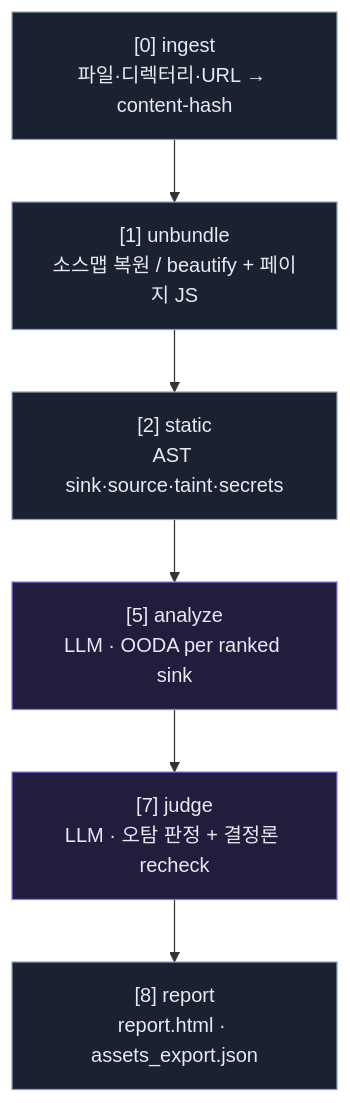
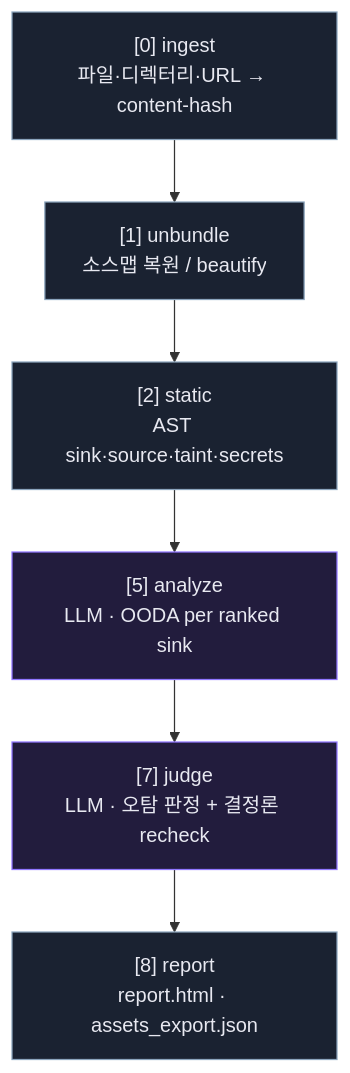
The diagram in docs/pipeline.md (EunhoKim98/JS-Analyzer-Agent), drawn with Mermaid before and after one commit. The commit also changed other lines of this file and 4 other files, not shown here.

````diff
--- a/docs/pipeline.md
+++ b/docs/pipeline.md
@@ -20,14 +20,14 @@
 ```mermaid
 flowchart TD
     A["[0] ingest<br/>파일·디렉터리·URL → content-hash"]
-    B["[1] unbundle<br/>소스맵 복원 / beautify + 페이지 JS"]
+    B["[1] unbundle<br/>소스맵 복원 / beautify"]
     C["[2] static<br/>AST sink·source·taint·secrets"]
     D["[5] analyze<br/>LLM · OODA per ranked sink"]
     E["[7] judge<br/>LLM · 오탐 판정 + 결정론 recheck"]
     F["[8] report<br/>report.html · assets_export.json"]
     A --> B --> C --> D --> E --> F
     classDef det fill:#1a2231,stroke:#8ba4bd,color:#e8e9f1;
     classDef llm fill:#221c3d,stroke:#9077ff,color:#e8e9f1;
     class A,B,C,F det;
     class D,E llm;
 ```
````
